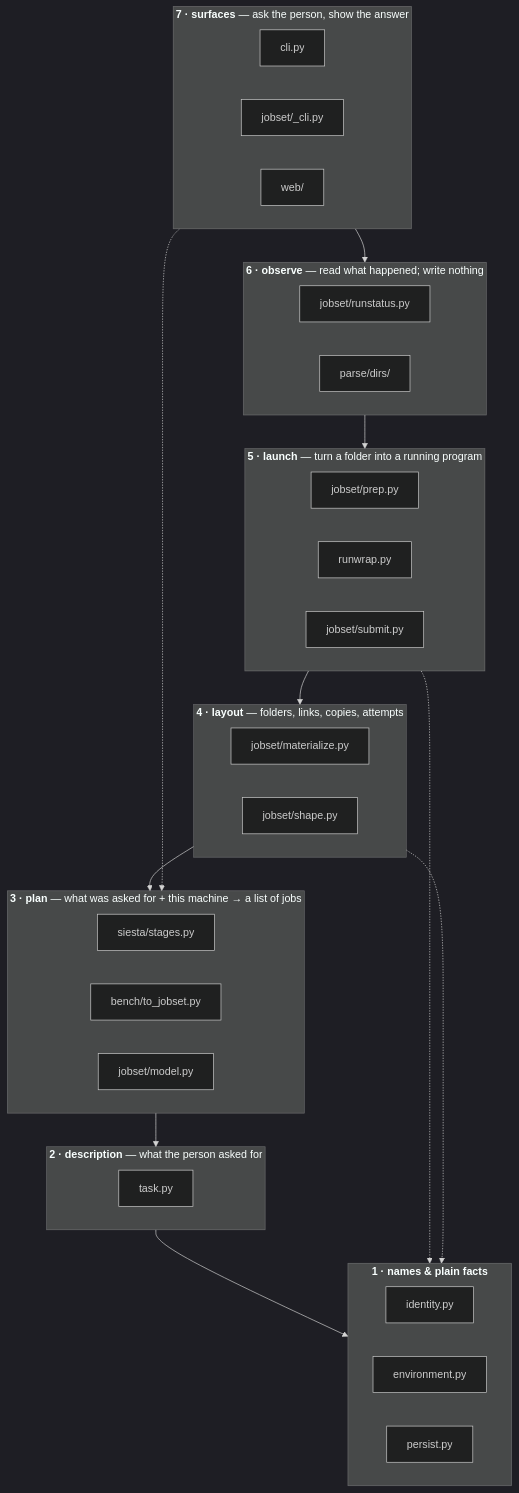
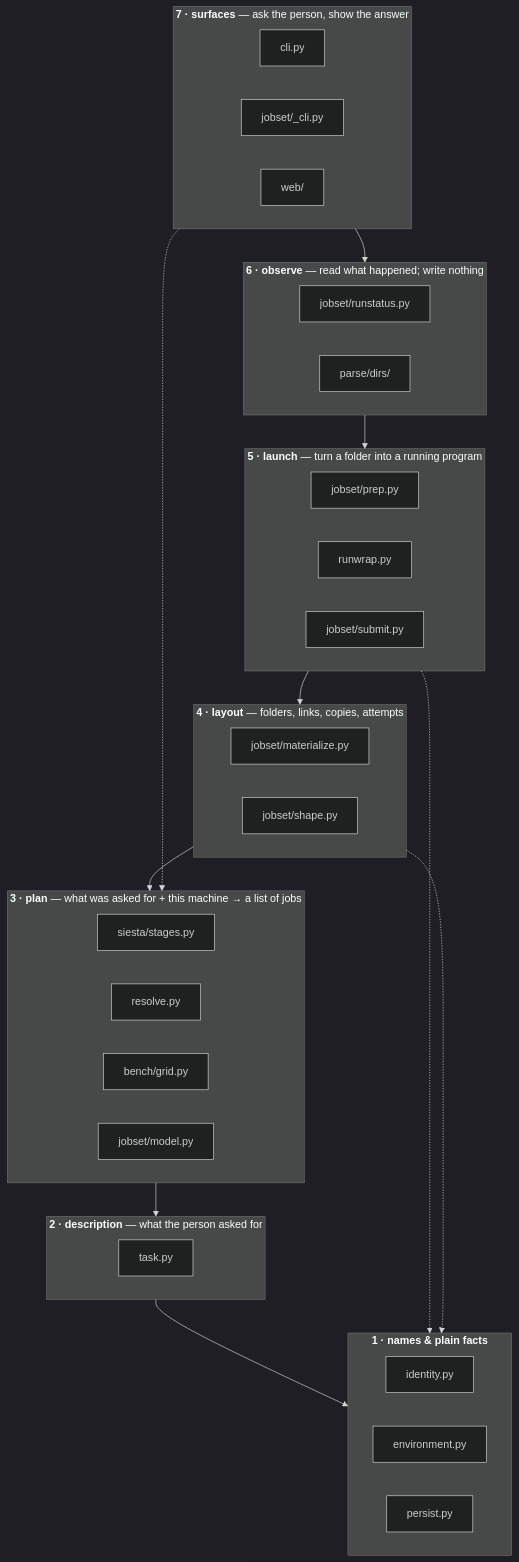
One commit to Qing-LAB/molbuilder changed the second of 9 diagrams in docs/execution/architecture.md. Above: the diagram before and after it, drawn with Mermaid (dark theme). The commit also changed other lines of this file and 5 other files, not shown here.

````diff
--- a/docs/execution/architecture.md
+++ b/docs/execution/architecture.md
@@ -158,35 +158,35 @@
 ```mermaid
 flowchart TB
     subgraph F7["<b>7 · surfaces</b> — ask the person, show the answer"]
       direction LR
       S1["cli.py"]; S2["jobset/_cli.py"]; S3["web/"]
     end
     subgraph F6["<b>6 · observe</b> — read what happened; write nothing"]
       direction LR
       O1["jobset/runstatus.py"]; O2["parse/dirs/"]
     end
     subgraph F5["<b>5 · launch</b> — turn a folder into a running program"]
       direction LR
       U1["jobset/prep.py"]; U2["runwrap.py"]; U3["jobset/submit.py"]
     end
     subgraph F4["<b>4 · layout</b> — folders, links, copies, attempts"]
       direction LR
       Y1["jobset/materialize.py"]; Y2["jobset/shape.py"]
     end
     subgraph F3["<b>3 · plan</b> — what was asked for + this machine → a list of jobs"]
       direction LR
-      P1["siesta/stages.py"]; P2["bench/to_jobset.py"]; P3["jobset/model.py"]
+      P1["siesta/stages.py"]; P2["resolve.py"]; P3["bench/grid.py"]; P4["jobset/model.py"]
     end
     subgraph F2["<b>2 · description</b> — what the person asked for"]
       direction LR
       D1["task.py"]
     end
     subgraph F1["<b>1 · names &amp; plain facts</b>"]
       direction LR
       N1["identity.py"]; N2["environment.py"]; N3["persist.py"]
     end
     F7 --> F6 --> F5 --> F4 --> F3 --> F2 --> F1
     F5 -.-> F1
     F4 -.-> F1
     F7 -.-> F3
 ```
````
